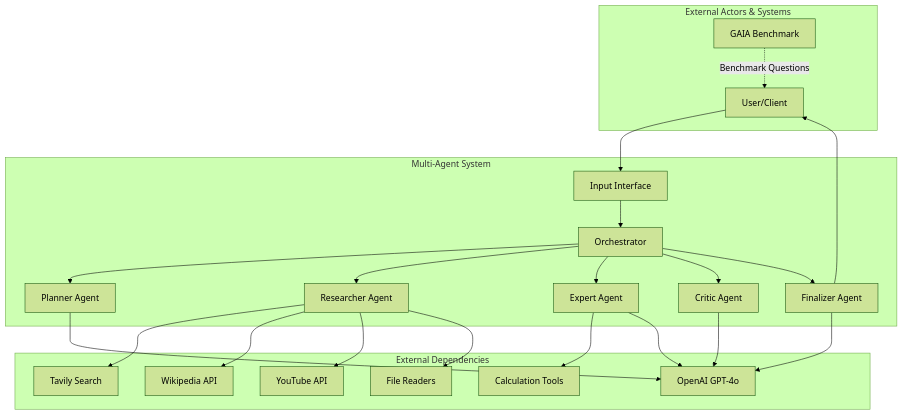
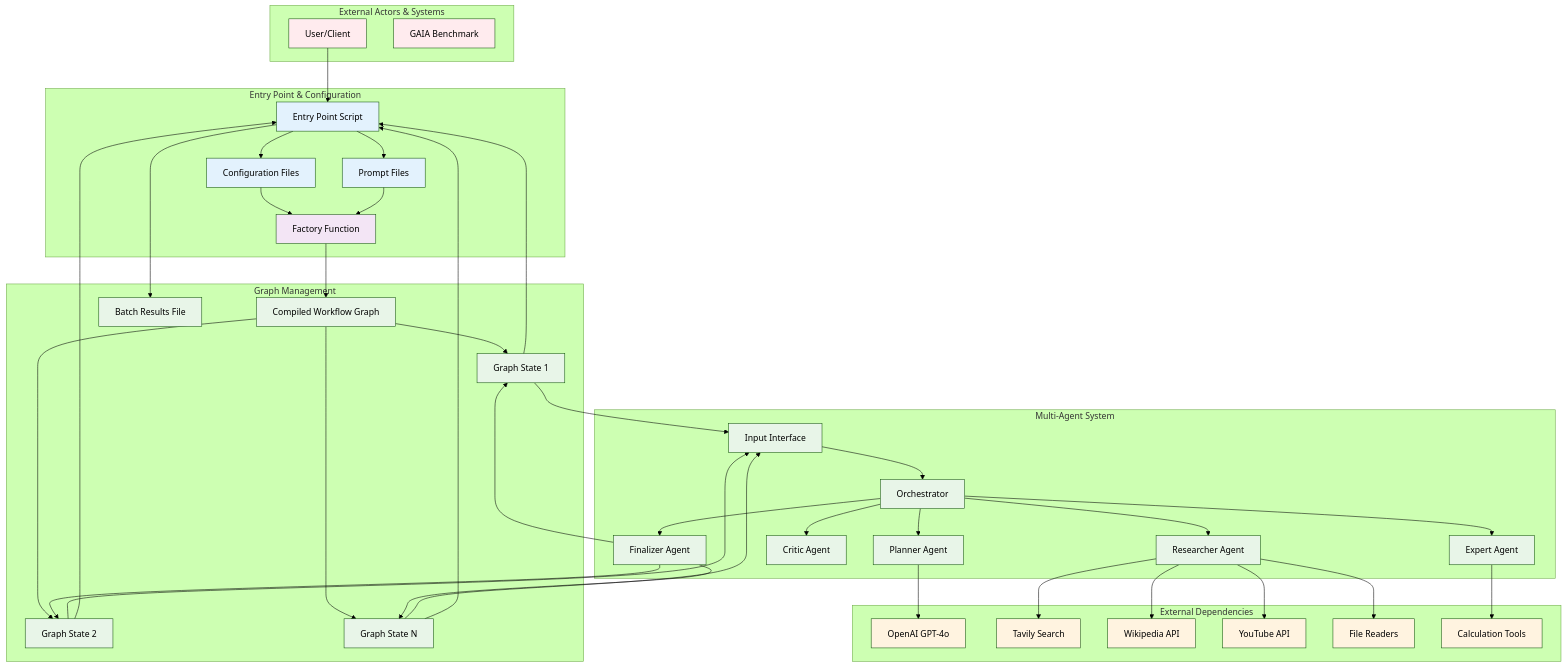
The first of 14 diagrams in docs/src2/ARCHITECTURE.md (jdsham/hf-ai-agents-course), drawn with Mermaid (forest theme) before and after one commit. The commit also changed other lines of this file, not shown here.

Commit message:
Updated source code architecture document. Clarified more aspects about the architecture.

````diff
--- a/docs/src2/ARCHITECTURE.md
+++ b/docs/src2/ARCHITECTURE.md
@@ -150,6 +169,21 @@
     subgraph "External Actors & Systems"
         User[User/Client]
         GAIA[GAIA Benchmark]
+    end
+    
+    subgraph "Entry Point & Configuration"
+        EP[Entry Point Script]
+        Config[Configuration Files]
+        Prompts[Prompt Files]
+        Factory[Factory Function]
+    end
+    
+    subgraph "Graph Management"
+        Graph[Compiled Workflow Graph]
+        State1[Graph State 1]
+        State2[Graph State 2]
+        StateN[Graph State N]
+        Output[Batch Results File]
     end
     
     subgraph "Multi-Agent System"
@@ -171,14 +205,35 @@
         Tools[Calculation Tools]
     end
     
-    User --> Input
+    User --> EP
+    EP --> Config
+    EP --> Prompts
+    Config --> Factory
+    Prompts --> Factory
+    Factory --> Graph
+    
+    Graph --> State1
+    Graph --> State2
+    Graph --> StateN
+    
+    State1 --> Input
+    State2 --> Input
+    StateN --> Input
+    
     Input --> Orchestrator
     Orchestrator --> Planner
     Orchestrator --> Researcher
     Orchestrator --> Expert
     Orchestrator --> Critic
     Orchestrator --> Finalizer
-    Finalizer --> User
+    Finalizer --> State1
+    Finalizer --> State2
+    Finalizer --> StateN
+    
+    State1 --> EP
+    State2 --> EP
+    StateN --> EP
+    EP --> Output
     
     Planner --> LLM
     Researcher --> Search
@@ -186,9 +241,17 @@
     Researcher --> YouTube
     Researcher --> Files
     Expert --> Tools
-    Expert --> LLM
-    Critic --> LLM
-    Finalizer --> LLM
     
-    GAIA -.->|Benchmark Questions| User
+    classDef external fill:#ffebee
+    classDef entry fill:#e3f2fd
+    classDef factory fill:#f3e5f5
+    classDef system fill:#e8f5e8
+    classDef deps fill:#fff3e0
+    
+    class User,GAIA external
+    class EP,Config,Prompts entry
+    class Factory factory
+    class Graph,State1,State2,StateN,Output system
+    class Input,Orchestrator,Planner,Researcher,Expert,Critic,Finalizer system
+    class LLM,Search,Wiki,YouTube,Files,Tools deps
 ```
````
